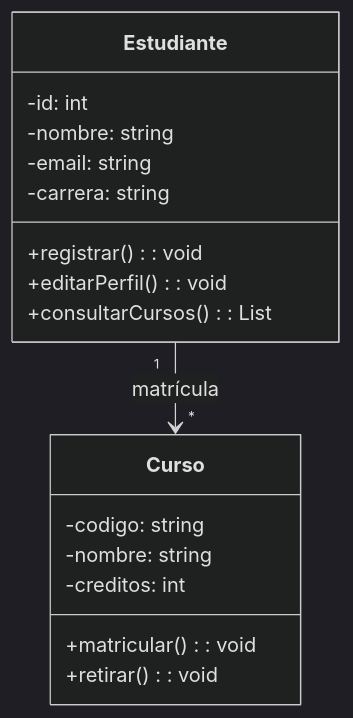
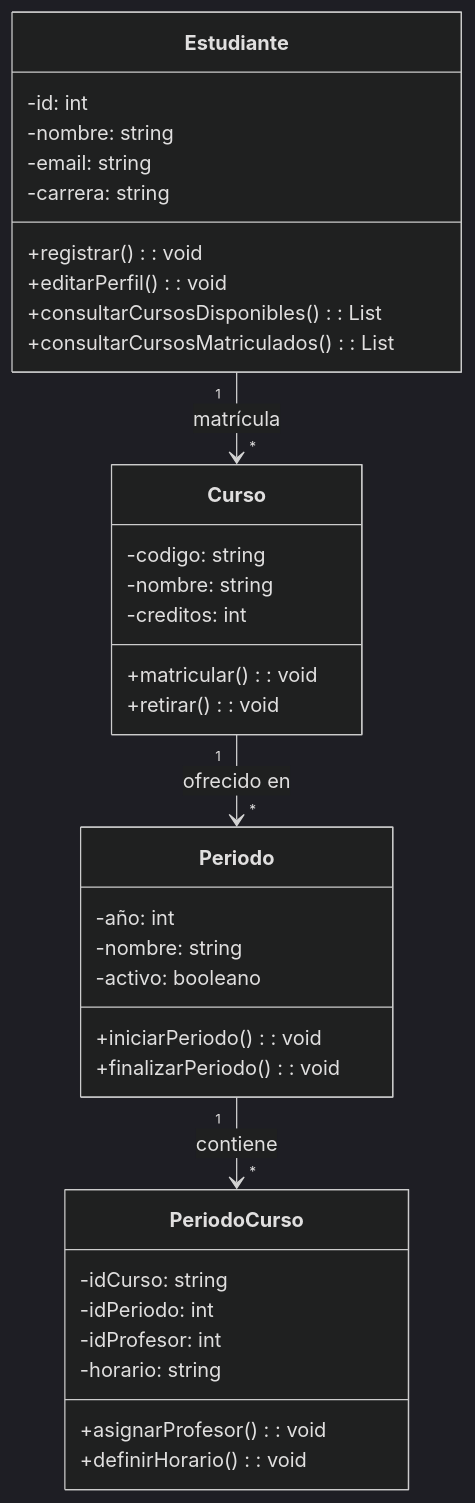
One commit to Mariajose2134/II-51-lABORATORIOS changed the diagram in LAB-01/Diagrama-de -clases.mmd. Above: the diagram before and after it, drawn with Mermaid (dark theme). The commit also changed other lines of this file and 2 other files, not shown here.

Commit message:
Actualiza el diagrama de clases: se agregan métodos y clases adicionales para Periodo y PeriodoCurso, y se corrigen nombres de métodos en Estudiante.

```diff
--- a/LAB-01/Diagrama-de -clases.mmd
+++ b/LAB-01/Diagrama-de -clases.mmd
@@ -1,20 +1,41 @@
 classDiagram
     class Estudiante {
         -id: int
         -nombre: string
         -email: string
         -carrera: string
         +registrar(): void
         +editarPerfil(): void
-        +consultarCursos(): List<Curso>
+        +consultarCursosDisponibles(): List<Curso>
+        +consultarCursosMatriculados(): List<Curso>
     }
  
     class Curso {
         -codigo: string
         -nombre: string
         -creditos: int
         +matricular(): void
         +retirar(): void
     }
- 
+  
+
+    class Periodo {
+        -año: int
+        -nombre: string
+        -activo: booleano
+        +iniciarPeriodo(): void
+        +finalizarPeriodo(): void
+    }
+
+    class PeriodoCurso {
+        -idCurso: string
+        -idPeriodo: int
+        -idProfesor: int
+        -horario: string
+        +asignarProfesor(): void
+        +definirHorario(): void
+    }
+  
     Estudiante "1" --> "*" Curso : matrícula
+    Curso  "1" --> "*" Periodo : ofrecido en 
+    Periodo  "1" --> "*" PeriodoCurso : contiene 
```
